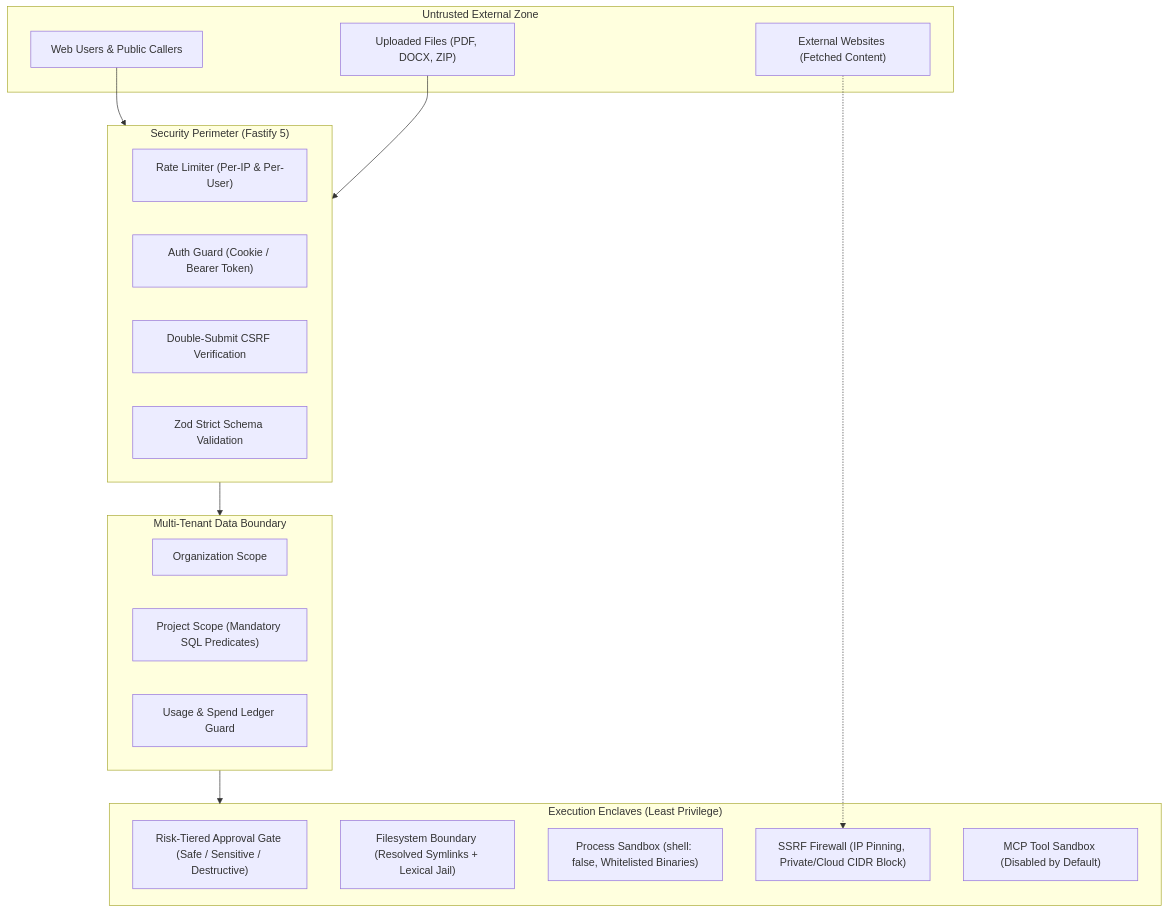
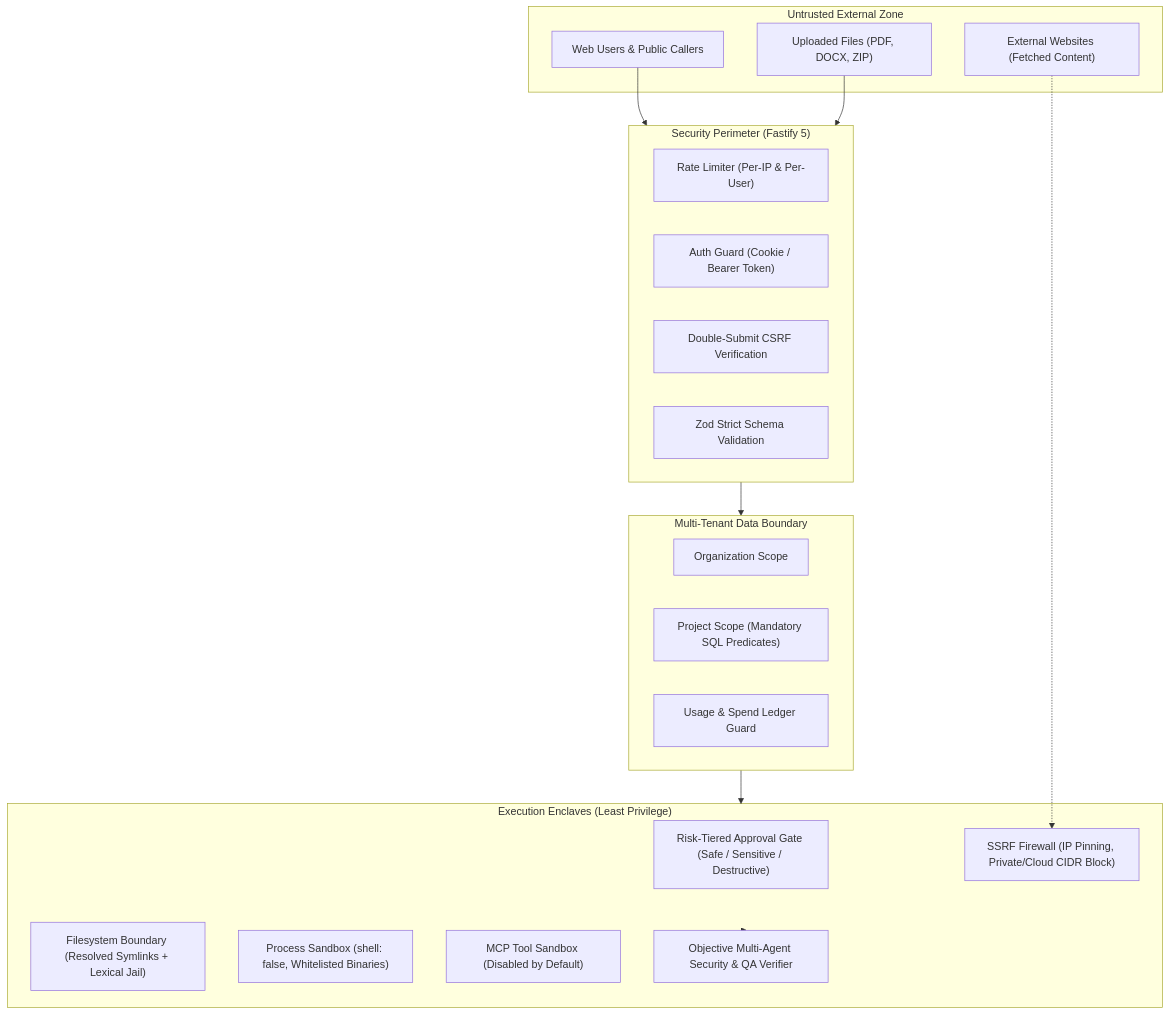
The diagram in SECURITY_AND_RELIABILITY_AUDIT.md (zolex12770/Smart-AI-Module), drawn with Mermaid before and after one commit. The commit also changed other lines of this file and 18 other files, not shown here.

````diff
--- a/SECURITY_AND_RELIABILITY_AUDIT.md
+++ b/SECURITY_AND_RELIABILITY_AUDIT.md
@@ -11,35 +11,37 @@
 ```mermaid
 flowchart TD
     subgraph UntrustedZone ["Untrusted External Zone"]
         WebUser["Web Users & Public Callers"]
         ExtWeb["External Websites (Fetched Content)"]
         Uploads["Uploaded Files (PDF, DOCX, ZIP)"]
     end
 
     subgraph Perimeter ["Security Perimeter (Fastify 5)"]
         RateLimit["Rate Limiter (Per-IP & Per-User)"]
         AuthFilter["Auth Guard (Cookie / Bearer Token)"]
         CSRFFilter["Double-Submit CSRF Verification"]
         InputValidator["Zod Strict Schema Validation"]
     end
 
     subgraph IsolatedTenancy ["Multi-Tenant Data Boundary"]
         OrgScope["Organization Scope"]
         ProjectScope["Project Scope (Mandatory SQL Predicates)"]
         LedgerAudit["Usage & Spend Ledger Guard"]
     end
 
     subgraph SandboxedExecution ["Execution Enclaves (Least Privilege)"]
         ApprovalGate["Risk-Tiered Approval Gate (Safe / Sensitive / Destructive)"]
         FSSandbox["Filesystem Boundary (Resolved Symlinks + Lexical Jail)"]
         CmdSandbox["Process Sandbox (shell: false, Whitelisted Binaries)"]
         SSRFGuard["SSRF Firewall (IP Pinning, Private/Cloud CIDR Block)"]
         MCPEnclave["MCP Tool Sandbox (Disabled by Default)"]
+        ObjectiveVerifier["Objective Multi-Agent Security & QA Verifier"]
     end
 
     WebUser --> Perimeter
     Uploads --> Perimeter
     Perimeter --> IsolatedTenancy
     IsolatedTenancy --> SandboxedExecution
     ExtWeb -.-> SSRFGuard
+    SandboxedExecution --> ObjectiveVerifier
 ```
````
